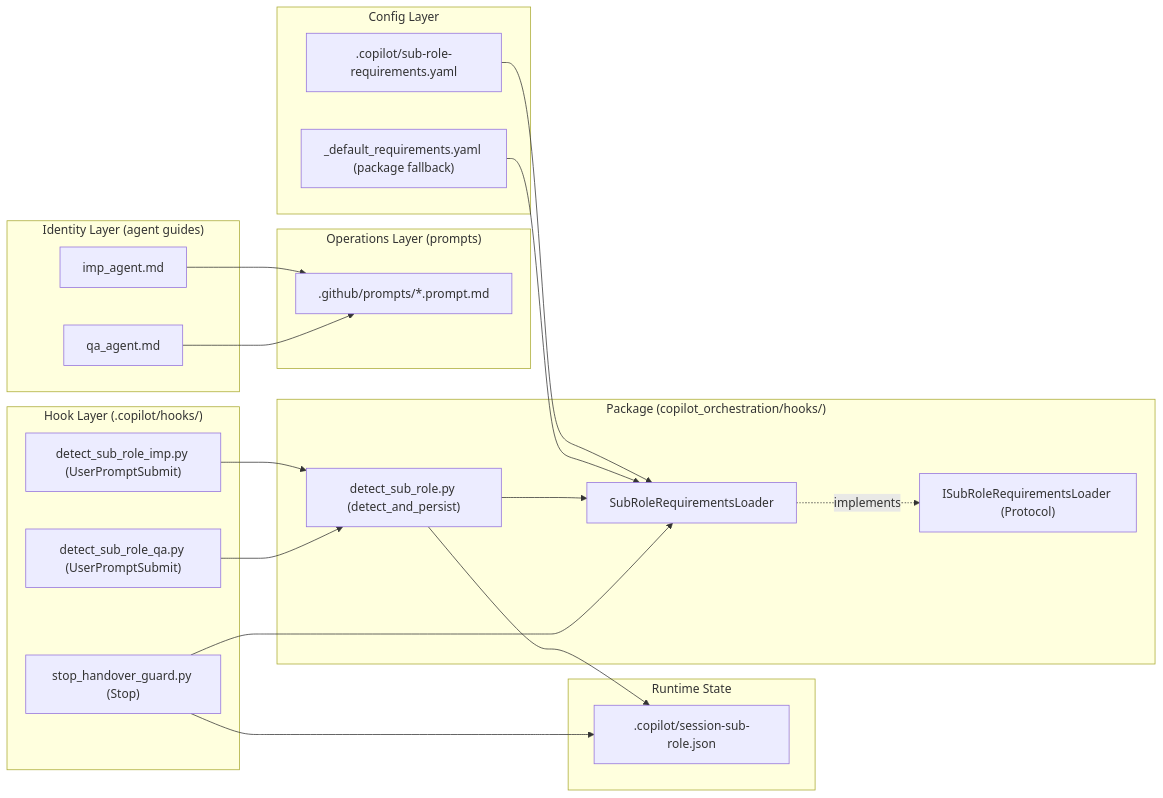
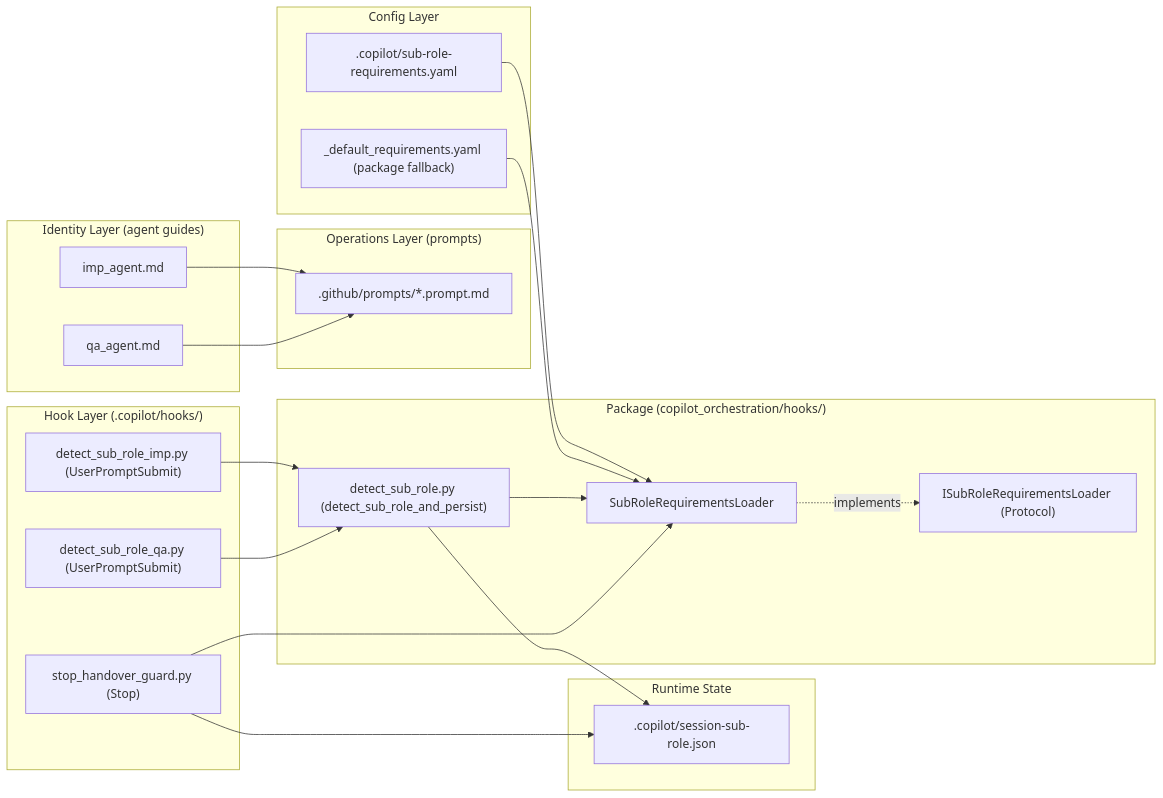
One commit to MikeyVK/S1mpleTraderV3 changed the first of 3 diagrams in docs/development/issue263/design_v2_sub_role_orchestration.md. Above: the diagram before and after it, drawn with Mermaid. The commit also changed other lines of this file and 1 other file, not shown here.

Commit message:
docs(P_DESIGN): update to v2.4: PreCompact hook (§9.7), agent-scoped UPS hooks (§9.6), detect_sub_role_and_persist rename, §7 directive qa→imp, §10.2 prompts vs role guides, §11 contextual note, §12 Mermaid flow diagram

````diff
--- a/docs/development/issue263/design_v2_sub_role_orchestration.md
+++ b/docs/development/issue263/design_v2_sub_role_orchestration.md
@@ -94,44 +94,44 @@
 ```mermaid
 graph LR
     subgraph Identity["Identity Layer (agent guides)"]
         IA[imp_agent.md]
         QA[qa_agent.md]
     end
 
     subgraph Operations["Operations Layer (prompts)"]
         PR[".github/prompts/*.prompt.md"]
     end
 
     subgraph Config["Config Layer"]
         REQ[".copilot/sub-role-requirements.yaml"]
         PKG["_default_requirements.yaml (package fallback)"]
     end
 
     subgraph Hooks["Hook Layer (.copilot/hooks/)"]
         UPS_IMP["detect_sub_role_imp.py (UserPromptSubmit)"]
         UPS_QA["detect_sub_role_qa.py (UserPromptSubmit)"]
         STOP["stop_handover_guard.py (Stop)"]
     end
 
     subgraph State["Runtime State"]
         SF[".copilot/session-sub-role.json"]
     end
 
     subgraph Pkg["Package (copilot_orchestration/hooks/)"]
         LDR["SubRoleRequirementsLoader"]
         IFACE["ISubRoleRequirementsLoader (Protocol)"]
-        DS["detect_sub_role.py (detect_and_persist)"]
+        DS["detect_sub_role.py (detect_sub_role_and_persist)"]
     end
 
     IA --> PR
     QA --> PR
     REQ --> LDR
     PKG --> LDR
     LDR -.implements.-> IFACE
     UPS_IMP --> DS
     UPS_QA --> DS
     DS --> LDR
     DS --> SF
     STOP --> LDR
     STOP --> SF
 ```
````
